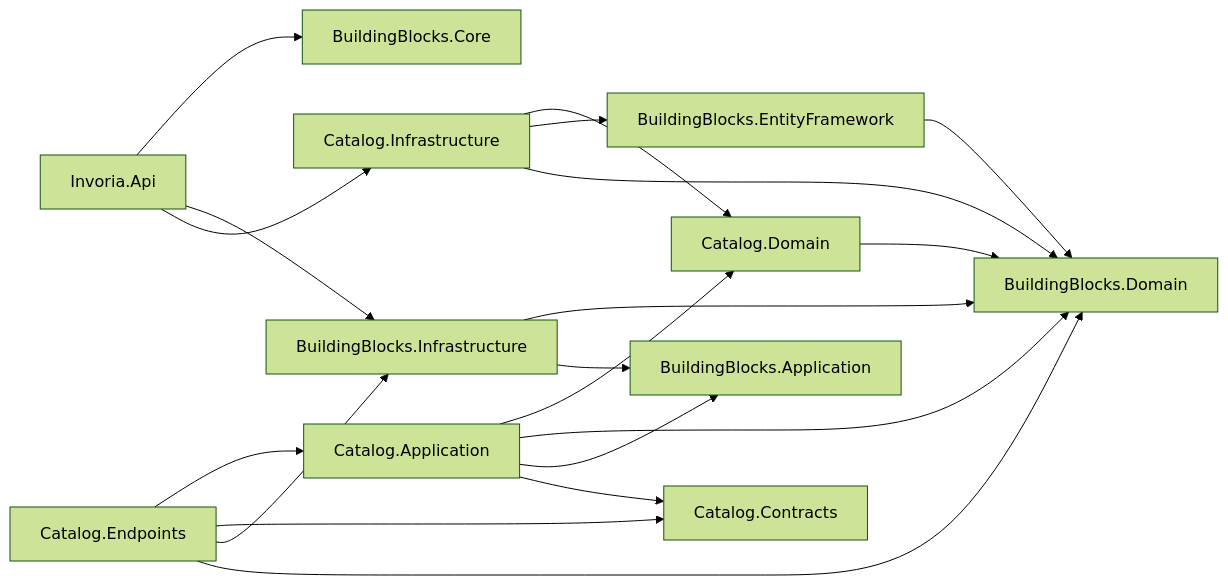
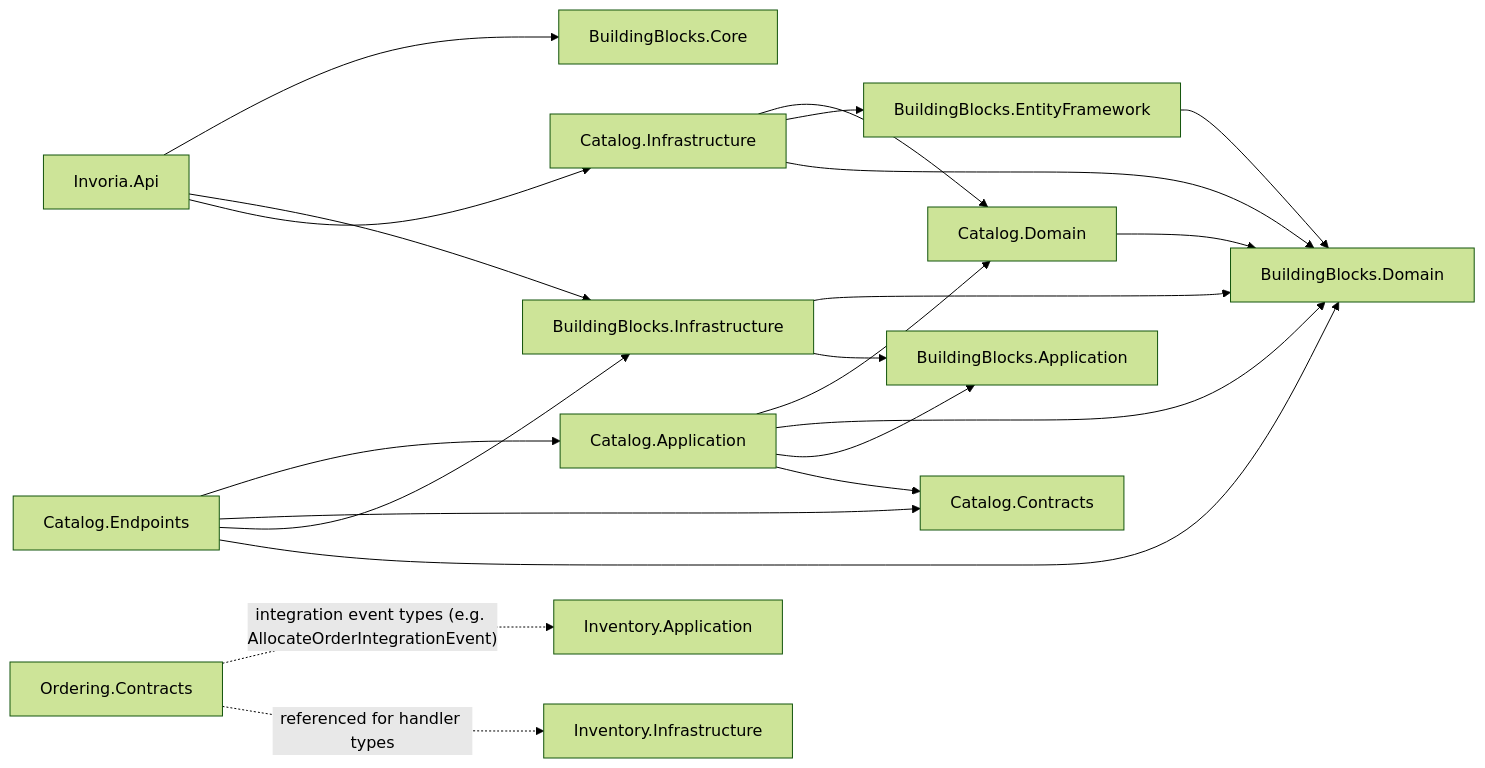
Before and after one commit to mohamedgamal17/Invoria: the first of 3 diagrams in ai/Architecture.md, drawn with Mermaid (forest theme). The commit also changed other lines of this file, not shown here.

Commit message:
docs(ai) : Update Architecture.md file to support the rebus event consumer style

````diff
--- a/ai/Architecture.md
+++ b/ai/Architecture.md
@@ -58,41 +76,48 @@
 ```mermaid
 flowchart LR
   hostApi[Invoria.Api]
 
   bbCore[BuildingBlocks.Core]
   bbDomain[BuildingBlocks.Domain]
   bbApp[BuildingBlocks.Application]
   bbEf[BuildingBlocks.EntityFramework]
   bbInfra[BuildingBlocks.Infrastructure]
 
   catDomain[Catalog.Domain]
   catApp[Catalog.Application]
   catInfra[Catalog.Infrastructure]
   catEndpoints[Catalog.Endpoints]
   catContracts[Catalog.Contracts]
 
   hostApi --> bbCore
   hostApi --> bbInfra
   hostApi --> catInfra
 
   bbInfra --> bbDomain
   bbInfra --> bbApp
 
   bbEf --> bbDomain
 
   catDomain --> bbDomain
 
   catApp --> catDomain
   catApp --> bbDomain
   catApp --> bbApp
   catApp --> catContracts
 
   catInfra --> catDomain
   catInfra --> bbEf
   catInfra --> bbDomain
 
   catEndpoints --> catApp
   catEndpoints --> catContracts
   catEndpoints --> bbInfra
   catEndpoints --> bbDomain
+
+  ordContracts[Ordering.Contracts]
+  invApp[Inventory.Application]
+  invInfra[Inventory.Infrastructure]
+
+  ordContracts -.->|"integration event types (e.g. AllocateOrderIntegrationEvent)"| invApp
+  ordContracts -.->|"referenced for handler types"| invInfra
 ```
````
